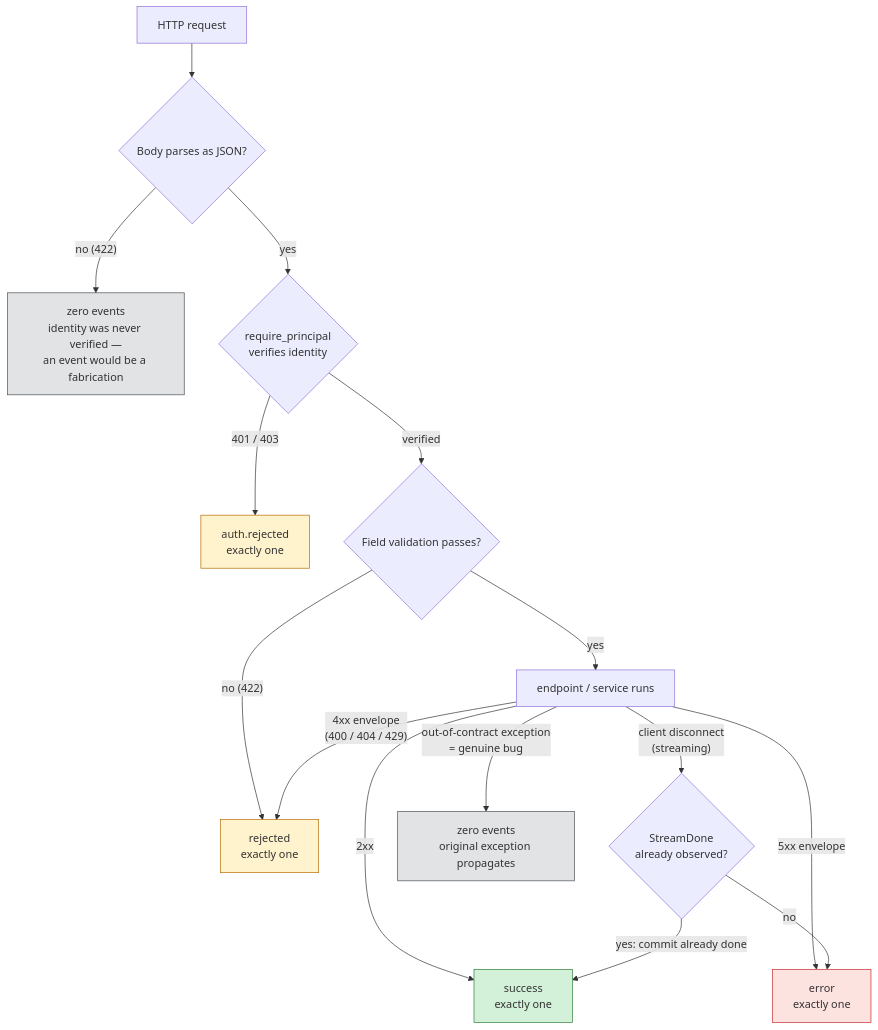
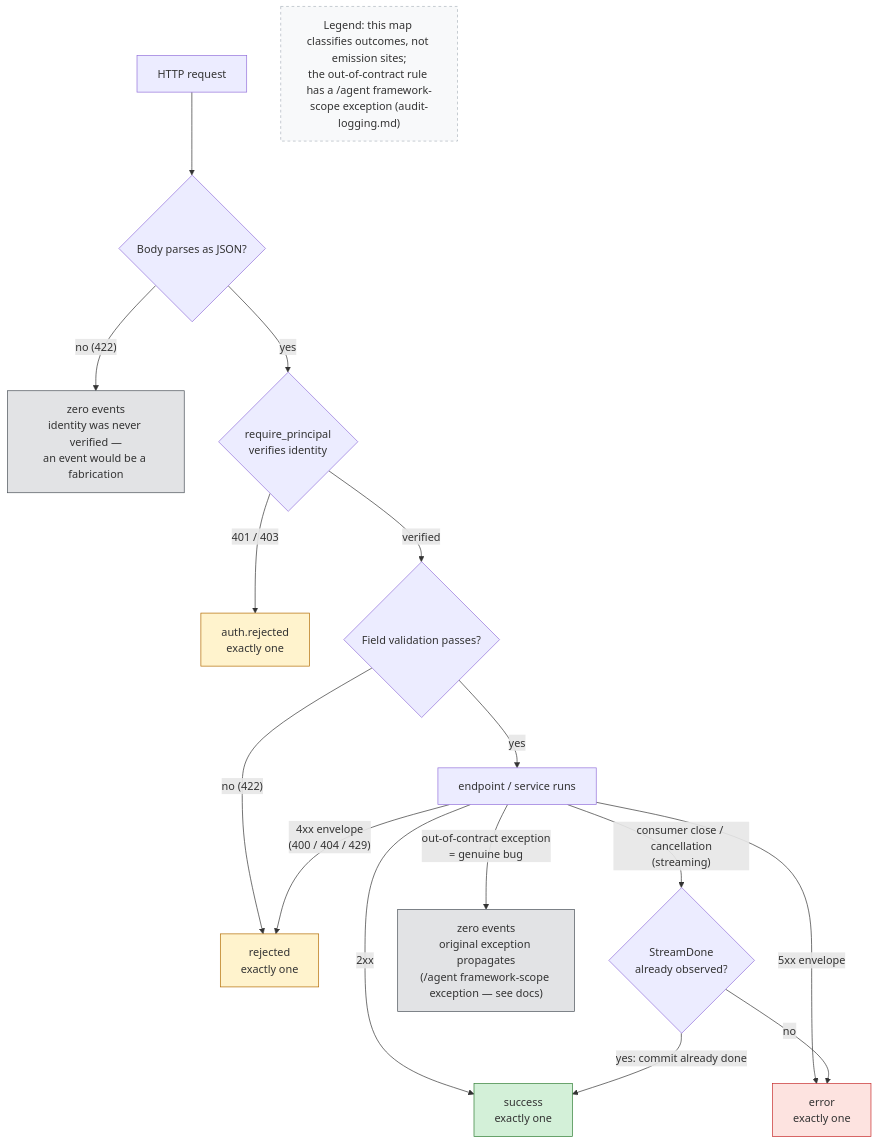
One commit to kehao-playground/azure-genai-backend-lab changed the diagram in docs/diagrams/audit-exit-paths.md. Above: the diagram before and after it, drawn with Mermaid. The commit also changed other lines of this file and 2 other files, not shown here.

First line of the commit message:
docs: audit-logging + exit-paths diagram corrections from article review (R2-R4, R7-R8)

````diff
--- a/docs/diagrams/audit-exit-paths.md
+++ b/docs/diagrams/audit-exit-paths.md
@@ -17,23 +18,25 @@
 ```mermaid
 flowchart TB
     req["HTTP request"] --> parse{"Body parses as JSON?"}
     parse -- "no (422)" --> z1["zero events<br/>identity was never verified —<br/>an event would be a fabrication"]
     parse -- "yes" --> auth{"require_principal<br/>verifies identity"}
     auth -- "401 / 403" --> ar["auth.rejected<br/>exactly one"]
     auth -- "verified" --> val{"Field validation passes?"}
     val -- "no (422)" --> rj["rejected<br/>exactly one"]
     val -- "yes" --> handler["endpoint / service runs"]
     handler -- "2xx" --> s["success<br/>exactly one"]
     handler -- "4xx envelope<br/>(400 / 404 / 429)" --> rj
     handler -- "5xx envelope" --> er["error<br/>exactly one"]
-    handler -- "client disconnect<br/>(streaming)" --> dis{"StreamDone<br/>already observed?"}
+    handler -- "consumer close / cancellation<br/>(streaming)" --> dis{"StreamDone<br/>already observed?"}
     dis -- "yes: commit already done" --> s
     dis -- "no" --> er
-    handler -- "out-of-contract exception<br/>= genuine bug" --> z2["zero events<br/>original exception propagates"]
+    handler -- "out-of-contract exception<br/>= genuine bug" --> z2["zero events<br/>original exception propagates<br/>(/agent framework-scope exception — see docs)"]
+    legend["Legend: this map classifies outcomes, not emission sites;<br/>the out-of-contract rule has a /agent framework-scope exception (audit-logging.md)"]
     style s fill:#d3f0d8,stroke:#2e7d32
+    style legend fill:#f8f9fa,stroke:#adb5bd,stroke-dasharray:4
     style rj fill:#fff3cd,stroke:#b26a00
     style ar fill:#fff3cd,stroke:#b26a00
     style er fill:#fde3e0,stroke:#c62828
     style z1 fill:#e2e3e5,stroke:#495057
     style z2 fill:#e2e3e5,stroke:#495057
 ```
````
